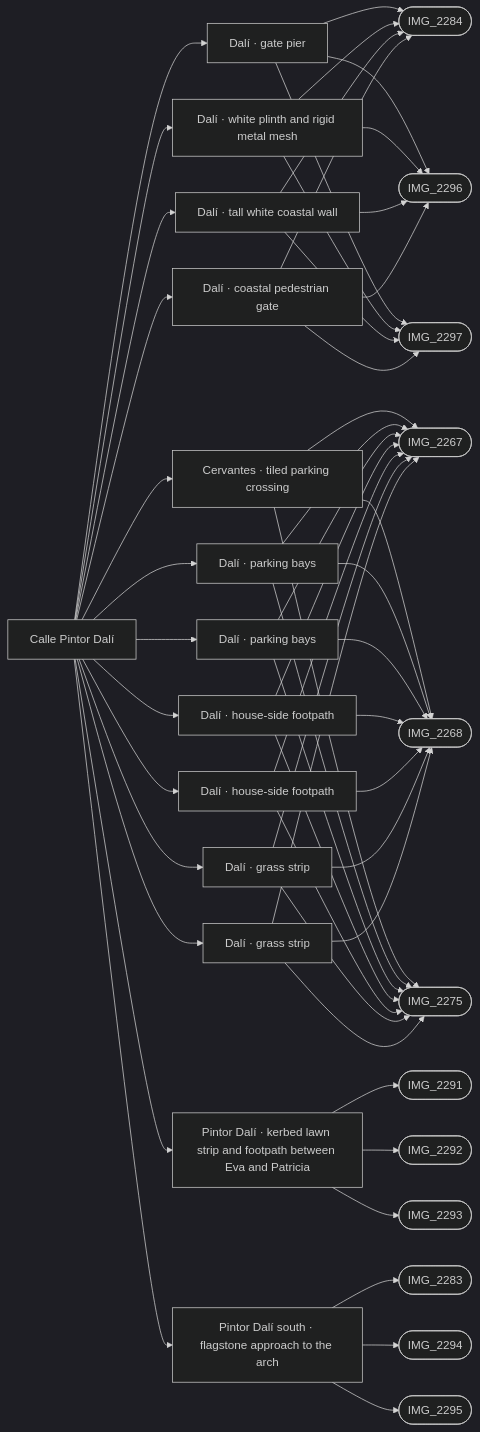
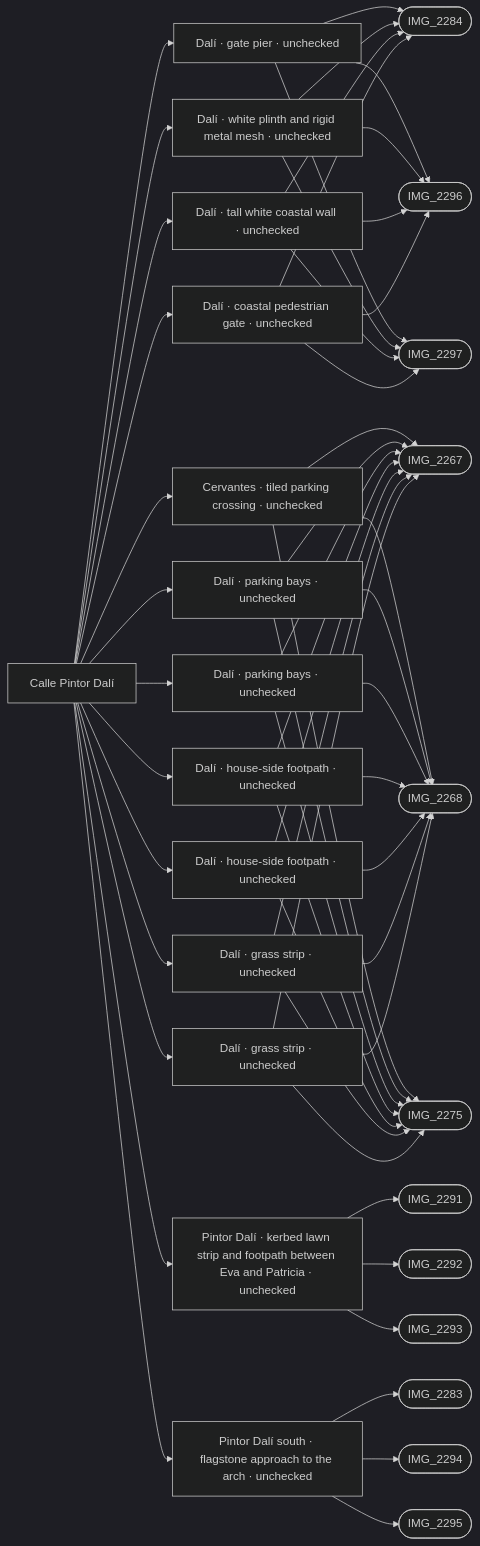
Before and after one commit to daveyboyc/villacana-venture: the diagram in refs/areas/dali.md, drawn with Mermaid (dark theme). The commit also changed other lines of this file and 47 other files, not shown here.

````diff
--- a/refs/areas/dali.md
+++ b/refs/areas/dali.md
@@ -37,56 +37,56 @@
 ```mermaid
 graph LR
   A["Calle Pintor Dalí"]
-  A --> F0["Dalí · gate pier"]
+  A --> F0["Dalí · gate pier · unchecked"]
   F0 --> PIMG_2284_jpg(["IMG_2284"])
   F0 --> PIMG_2296_jpg(["IMG_2296"])
   F0 --> PIMG_2297_jpg(["IMG_2297"])
-  A --> F1["Dalí · white plinth and rigid metal mesh"]
+  A --> F1["Dalí · white plinth and rigid metal mesh · unchecked"]
   F1 --> PIMG_2284_jpg(["IMG_2284"])
   F1 --> PIMG_2296_jpg(["IMG_2296"])
   F1 --> PIMG_2297_jpg(["IMG_2297"])
-  A --> F2["Dalí · tall white coastal wall"]
+  A --> F2["Dalí · tall white coastal wall · unchecked"]
   F2 --> PIMG_2284_jpg(["IMG_2284"])
   F2 --> PIMG_2296_jpg(["IMG_2296"])
   F2 --> PIMG_2297_jpg(["IMG_2297"])
-  A --> F3["Cervantes · tiled parking crossing"]
+  A --> F3["Cervantes · tiled parking crossing · unchecked"]
   F3 --> PIMG_2267_jpg(["IMG_2267"])
   F3 --> PIMG_2268_jpg(["IMG_2268"])
   F3 --> PIMG_2275_jpg(["IMG_2275"])
-  A --> F4["Dalí · parking bays"]
+  A --> F4["Dalí · parking bays · unchecked"]
   F4 --> PIMG_2267_jpg(["IMG_2267"])
   F4 --> PIMG_2268_jpg(["IMG_2268"])
   F4 --> PIMG_2275_jpg(["IMG_2275"])
-  A --> F5["Dalí · parking bays"]
+  A --> F5["Dalí · parking bays · unchecked"]
   F5 --> PIMG_2267_jpg(["IMG_2267"])
   F5 --> PIMG_2268_jpg(["IMG_2268"])
   F5 --> PIMG_2275_jpg(["IMG_2275"])
-  A --> F6["Dalí · house-side footpath"]
+  A --> F6["Dalí · house-side footpath · unchecked"]
   F6 --> PIMG_2267_jpg(["IMG_2267"])
   F6 --> PIMG_2268_jpg(["IMG_2268"])
   F6 --> PIMG_2275_jpg(["IMG_2275"])
-  A --> F7["Dalí · house-side footpath"]
+  A --> F7["Dalí · house-side footpath · unchecked"]
   F7 --> PIMG_2267_jpg(["IMG_2267"])
   F7 --> PIMG_2268_jpg(["IMG_2268"])
   F7 --> PIMG_2275_jpg(["IMG_2275"])
-  A --> F8["Dalí · grass strip"]
+  A --> F8["Dalí · grass strip · unchecked"]
   F8 --> PIMG_2267_jpg(["IMG_2267"])
   F8 --> PIMG_2268_jpg(["IMG_2268"])
   F8 --> PIMG_2275_jpg(["IMG_2275"])
-  A --> F9["Dalí · grass strip"]
+  A --> F9["Dalí · grass strip · unchecked"]
   F9 --> PIMG_2267_jpg(["IMG_2267"])
   F9 --> PIMG_2268_jpg(["IMG_2268"])
   F9 --> PIMG_2275_jpg(["IMG_2275"])
-  A --> F10["Pintor Dalí · kerbed lawn strip and footpath between Eva and Patricia"]
+  A --> F10["Pintor Dalí · kerbed lawn strip and footpath between Eva and Patricia · unchecked"]
   F10 --> PIMG_2291_jpg(["IMG_2291"])
   F10 --> PIMG_2292_jpg(["IMG_2292"])
   F10 --> PIMG_2293_jpg(["IMG_2293"])
-  A --> F11["Pintor Dalí south · flagstone approach to the arch"]
+  A --> F11["Pintor Dalí south · flagstone approach to the arch · unchecked"]
   F11 --> PIMG_2283_jpg(["IMG_2283"])
   F11 --> PIMG_2294_jpg(["IMG_2294"])
   F11 --> PIMG_2295_jpg(["IMG_2295"])
-  A --> F12["Dalí · coastal pedestrian gate"]
+  A --> F12["Dalí · coastal pedestrian gate · unchecked"]
   F12 --> PIMG_2284_jpg(["IMG_2284"])
   F12 --> PIMG_2296_jpg(["IMG_2296"])
   F12 --> PIMG_2297_jpg(["IMG_2297"])
 ```
````
